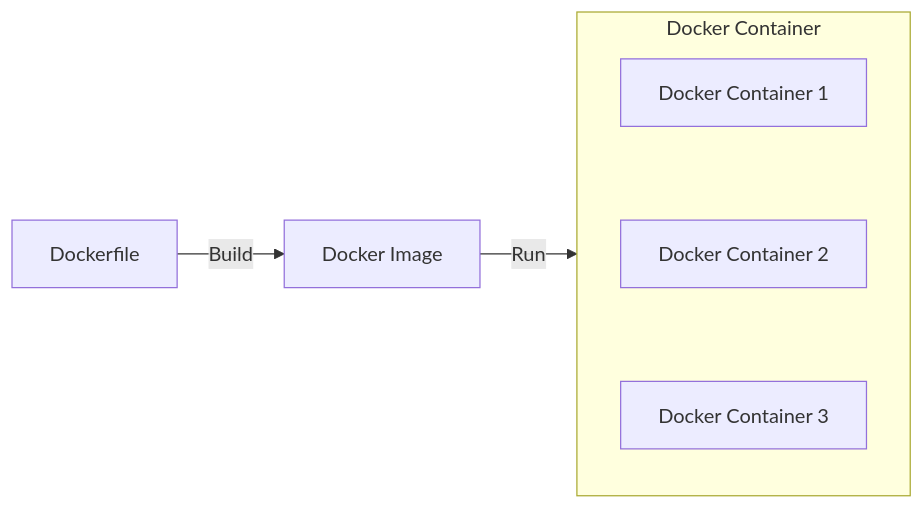
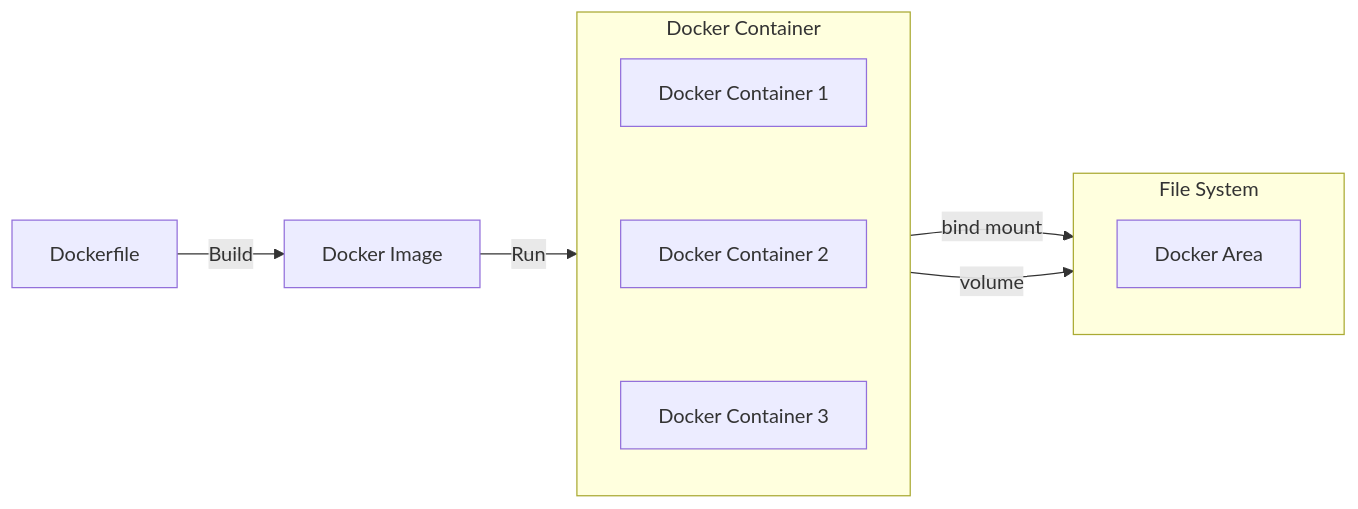
The diagram in Docker Tutorial/README.md (TimLL123456/My-Notes), drawn with Mermaid before and after one commit. The commit also changed other lines of this file, not shown here.

````diff
--- a/Docker Tutorial/README.md
+++ b/Docker Tutorial/README.md
@@ -5,13 +5,21 @@
 ```mermaid
 flowchart LR
     subgraph docker_container[Docker Container]
         direction TB
             docker_container1[Docker Container 1] --> docker_container2[Docker Container 2]
             docker_container2 --> docker_container3[Docker Container 3]
 
             linkStyle 0 stroke:none,stroke-width:0
             linkStyle 1 stroke:none,stroke-width:0
     end
 
+    subgraph file_system[File System]
+        direction TB
+            docker_area[Docker Area]
+    end
+
     docker_file[Dockerfile] --Build--> docker_image[Docker Image] --Run--> docker_container
+
+    docker_container --bind mount--> file_system
+    docker_container --volume--> docker_area
 ```
````
